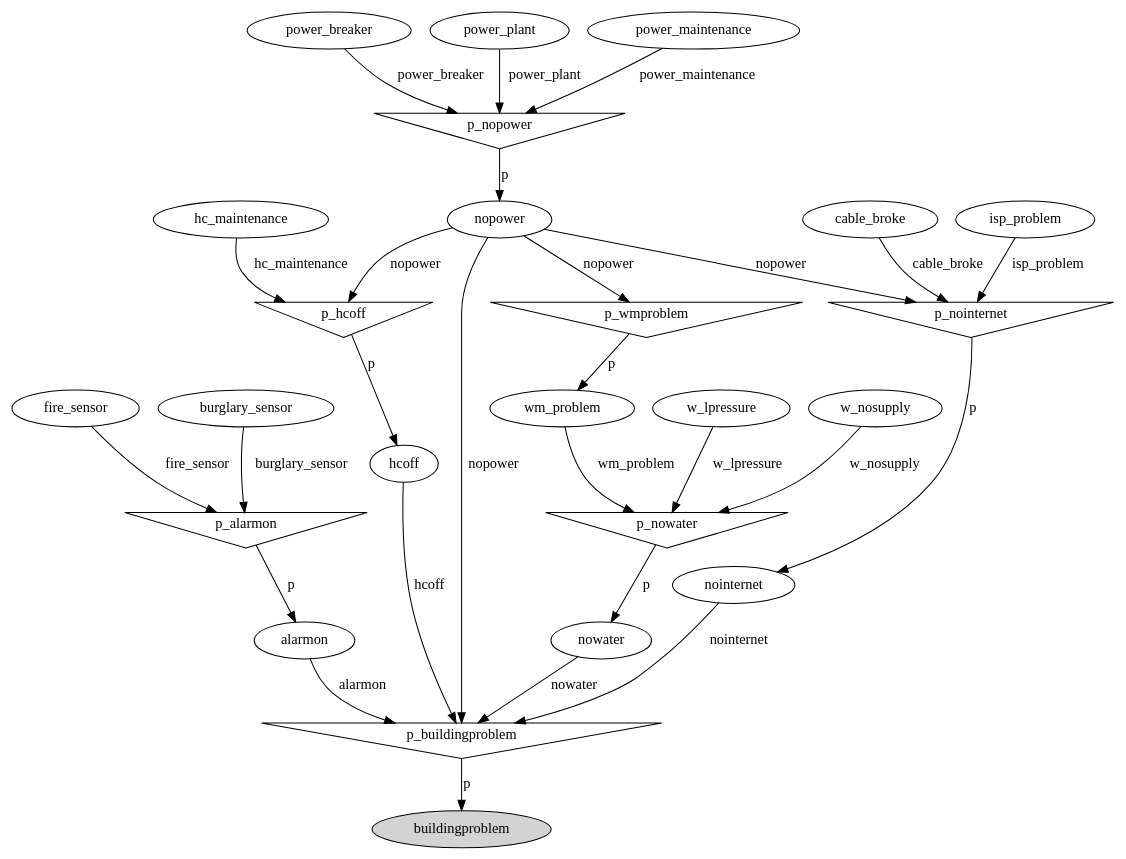
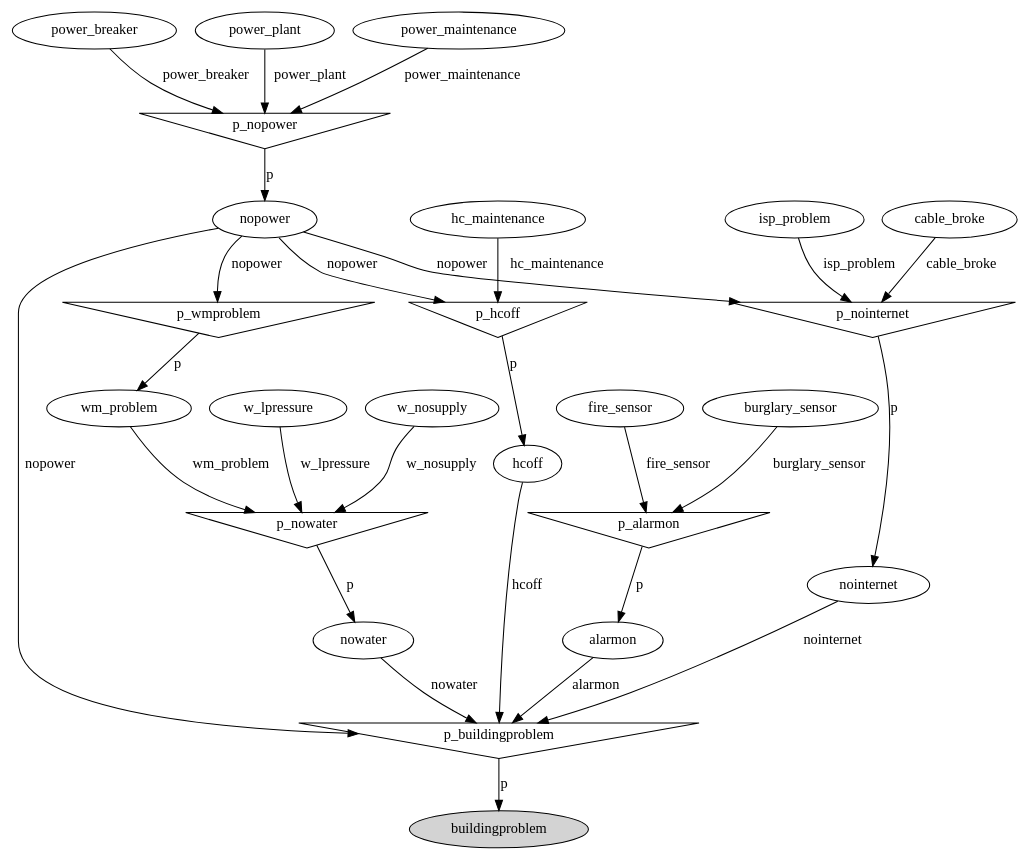
One commit to rolisanchez/ai-project-mcmc changed the diagram in container.dot. Above: the diagram before and after it, drawn with Graphviz. The commit also changed other lines of this file and 25 other files, not shown here.

```diff
--- a/container.dot
+++ b/container.dot
@@ -1,52 +1,52 @@
 digraph G {
-p_buildingproblem [shape=invtriangle];
-alarmon;
-alarmon -> p_buildingproblem  [label=alarmon];
-p_alarmon [shape=invtriangle];
-p_alarmon -> alarmon  [label=p];
-fire_sensor;
-fire_sensor -> p_alarmon  [label=fire_sensor];
-burglary_sensor;
-burglary_sensor -> p_alarmon  [label=burglary_sensor];
-hcoff;
-hcoff -> p_buildingproblem  [label=hcoff];
-p_hcoff [shape=invtriangle];
-p_hcoff -> hcoff  [label=p];
-hc_maintenance;
-hc_maintenance -> p_hcoff  [label=hc_maintenance];
-nopower;
-nopower -> p_hcoff  [label=nopower];
 p_nopower [shape=invtriangle];
-p_nopower -> nopower  [label=p];
 power_breaker;
 power_breaker -> p_nopower  [label=power_breaker];
 power_plant;
 power_plant -> p_nopower  [label=power_plant];
 power_maintenance;
 power_maintenance -> p_nopower  [label=power_maintenance];
-nointernet;
-nointernet -> p_buildingproblem  [label=nointernet];
-p_nointernet [shape=invtriangle];
-p_nointernet -> nointernet  [label=p];
-nopower -> p_nointernet  [label=nopower];
-cable_broke;
-cable_broke -> p_nointernet  [label=cable_broke];
+fire_sensor;
+burglary_sensor;
+wm_problem;
+p_wmproblem [shape=invtriangle];
+p_wmproblem -> wm_problem  [label=p];
+nopower;
+nopower -> p_wmproblem  [label=nopower];
+p_nopower -> nopower  [label=p];
 isp_problem;
-isp_problem -> p_nointernet  [label=isp_problem];
+p_alarmon [shape=invtriangle];
+fire_sensor -> p_alarmon  [label=fire_sensor];
+burglary_sensor -> p_alarmon  [label=burglary_sensor];
 nowater;
-nowater -> p_buildingproblem  [label=nowater];
 p_nowater [shape=invtriangle];
 p_nowater -> nowater  [label=p];
 w_lpressure;
 w_lpressure -> p_nowater  [label=w_lpressure];
 w_nosupply;
 w_nosupply -> p_nowater  [label=w_nosupply];
-wm_problem;
 wm_problem -> p_nowater  [label=wm_problem];
-p_wmproblem [shape=invtriangle];
-p_wmproblem -> wm_problem  [label=p];
-nopower -> p_wmproblem  [label=nopower];
+hcoff;
+p_hcoff [shape=invtriangle];
+p_hcoff -> hcoff  [label=p];
+hc_maintenance;
+hc_maintenance -> p_hcoff  [label=hc_maintenance];
+nopower -> p_hcoff  [label=nopower];
+alarmon;
+p_alarmon -> alarmon  [label=p];
+p_nointernet [shape=invtriangle];
+nopower -> p_nointernet  [label=nopower];
+cable_broke;
+cable_broke -> p_nointernet  [label=cable_broke];
+isp_problem -> p_nointernet  [label=isp_problem];
+buildingproblem [style=filled];
+p_buildingproblem [shape=invtriangle];
+p_buildingproblem -> buildingproblem  [label=p];
+alarmon -> p_buildingproblem  [label=alarmon];
+hcoff -> p_buildingproblem  [label=hcoff];
+nointernet;
+nointernet -> p_buildingproblem  [label=nointernet];
+p_nointernet -> nointernet  [label=p];
+nowater -> p_buildingproblem  [label=nowater];
 nopower -> p_buildingproblem  [label=nopower];
-buildingproblem [style=filled];
-p_buildingproblem -> buildingproblem  [label=p];
 }
```
